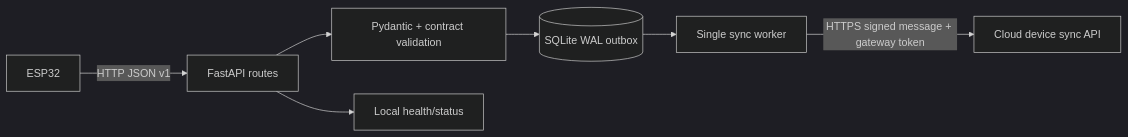
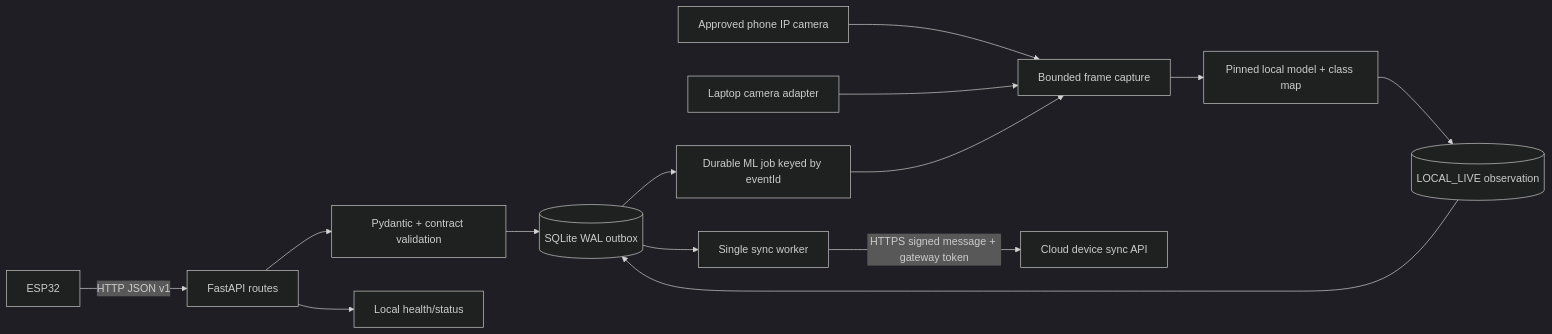
Before and after one commit to Vortex-ParthAjmera/Smart-Waste-Ecosystem: the first of 3 diagrams in DOCUMENTATION/08_EDGE_GATEWAY.md, drawn with Mermaid (dark theme). The commit also changed other lines of this file and 25 other files, not shown here.

````diff
--- a/DOCUMENTATION/08_EDGE_GATEWAY.md
+++ b/DOCUMENTATION/08_EDGE_GATEWAY.md
@@ -18,9 +18,16 @@
 ```mermaid
 flowchart LR
   D[ESP32] -->|HTTP JSON v1| F[FastAPI routes]
   F --> V[Pydantic + contract validation]
   V --> Q[(SQLite WAL outbox)]
+  Q --> J[Durable ML job keyed by eventId]
+  P[Approved phone IP camera] --> X[Bounded frame capture]
+  L[Laptop camera adapter] --> X
+  J --> X
+  X --> M[Pinned local model + class map]
+  M --> O[(LOCAL_LIVE observation)]
+  O --> Q
   Q --> W[Single sync worker]
   W -->|HTTPS signed message + gateway token| C[Cloud device sync API]
   F --> H[Local health/status]
 ```
````
